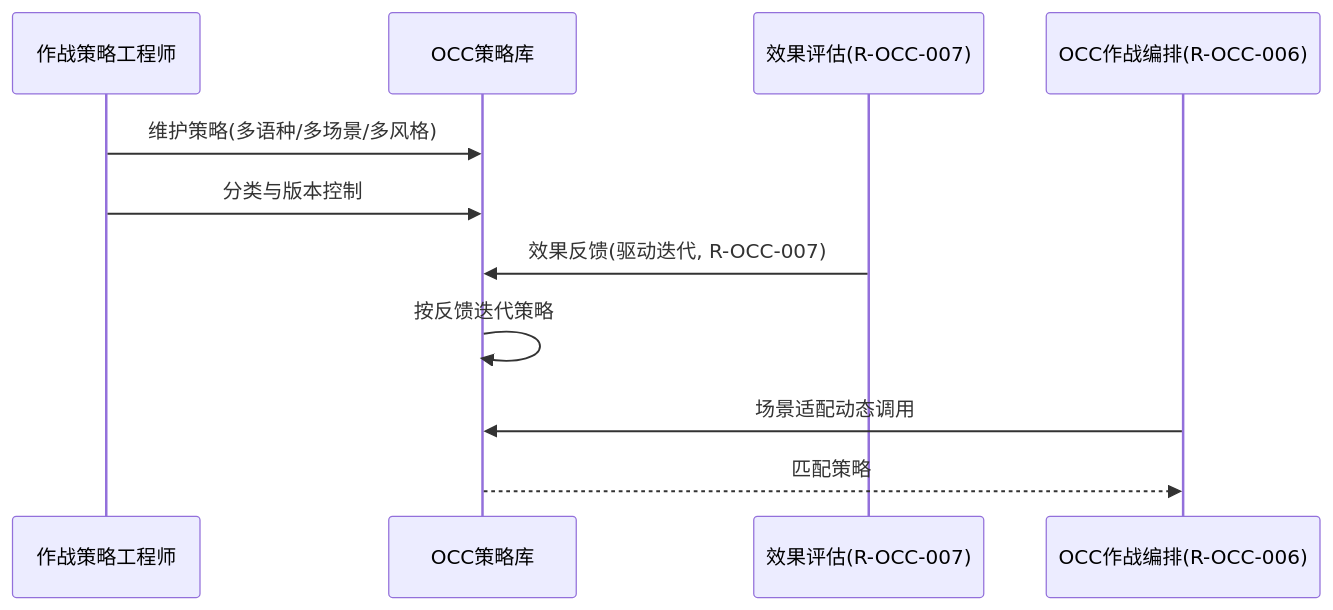
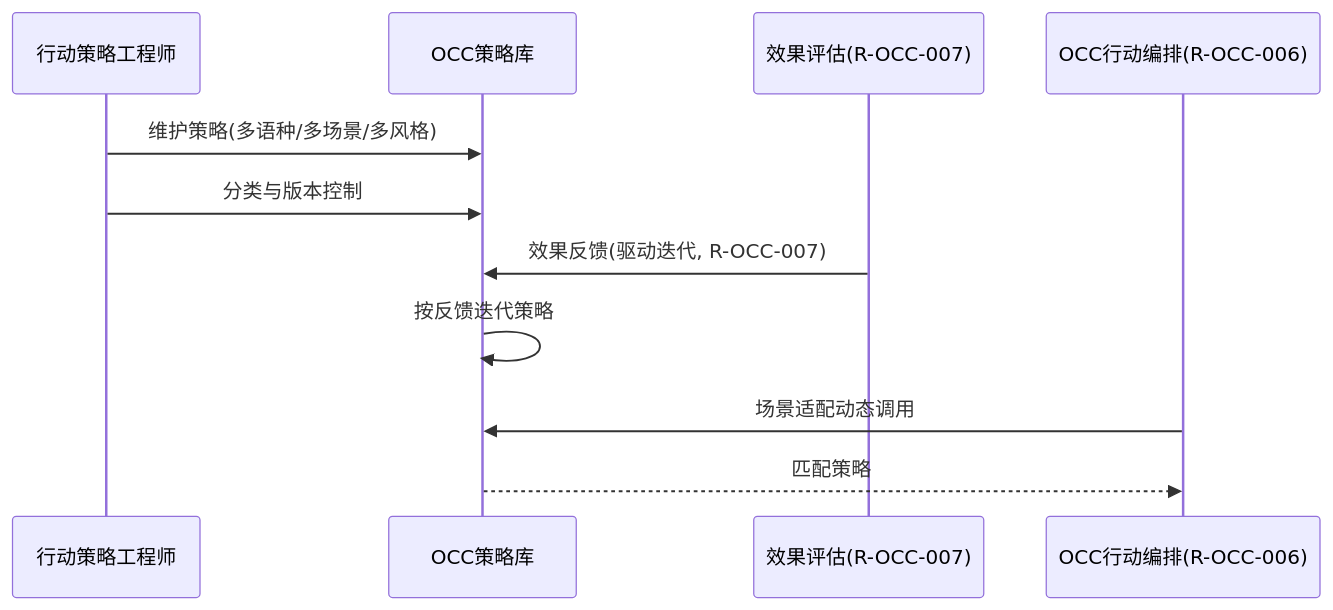
One commit to Sj-g/obsidian changed the tenth of 12 diagrams in 公司项目/认知作战/文档/SRS/软件需求规格说明-OCC子系统.md. Above: the diagram before and after it, drawn with Mermaid. The commit also changed other lines of this file and 9 other files, not shown here.

````diff
--- a/公司项目/认知作战/文档/SRS/软件需求规格说明-OCC子系统.md
+++ b/公司项目/认知作战/文档/SRS/软件需求规格说明-OCC子系统.md
@@ -642,13 +650,13 @@
 ```mermaid
 sequenceDiagram
-  participant 工程师 as 作战策略工程师
+  participant 工程师 as 行动策略工程师
   participant OCC as OCC策略库
   participant 评估 as 效果评估(R-OCC-007)
-  participant 编排 as OCC作战编排(R-OCC-006)
+  participant 编排 as OCC行动编排(R-OCC-006)
   工程师->>OCC: 维护策略(多语种/多场景/多风格)
   工程师->>OCC: 分类与版本控制
   评估->>OCC: 效果反馈(驱动迭代, R-OCC-007)
   OCC->>OCC: 按反馈迭代策略
   编排->>OCC: 场景适配动态调用
   OCC-->>编排: 匹配策略
 ```
````
